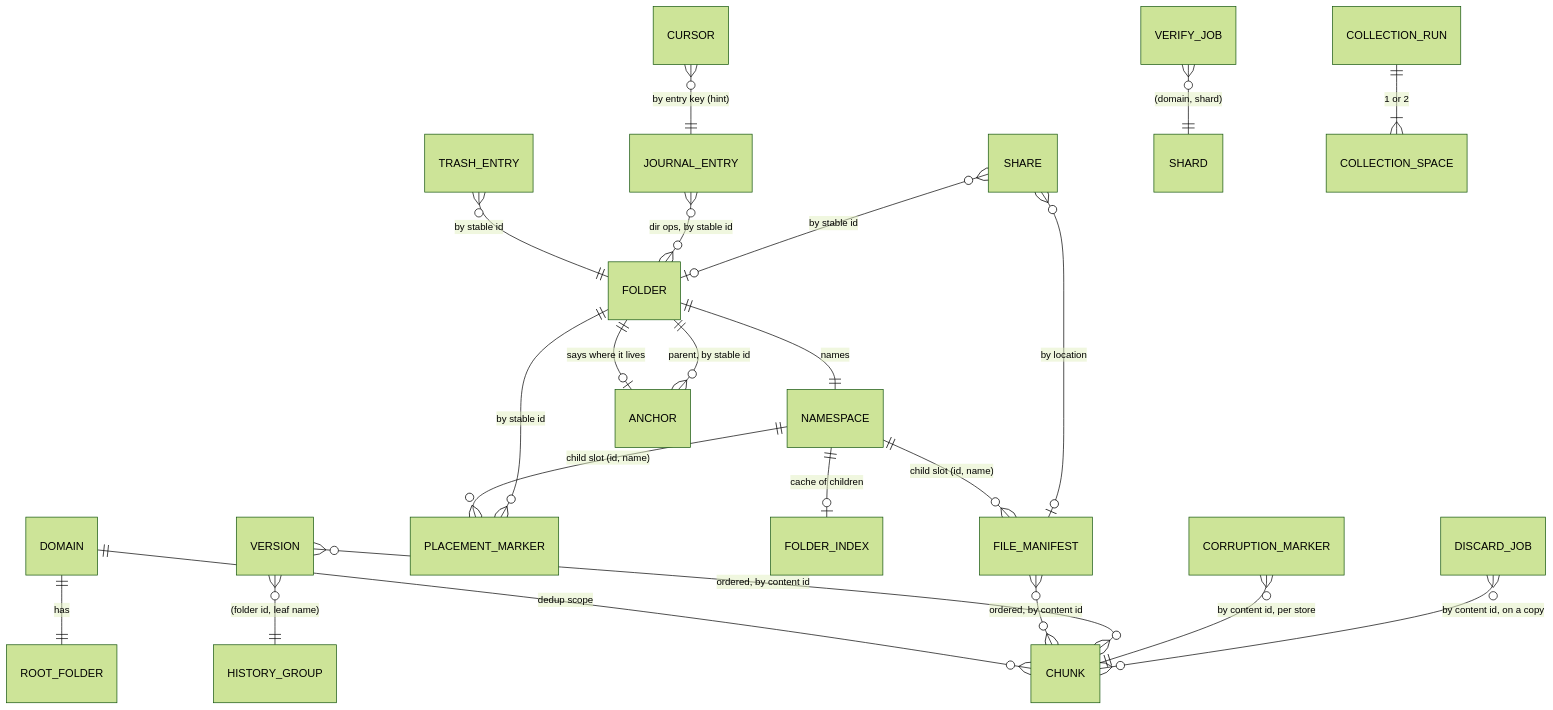
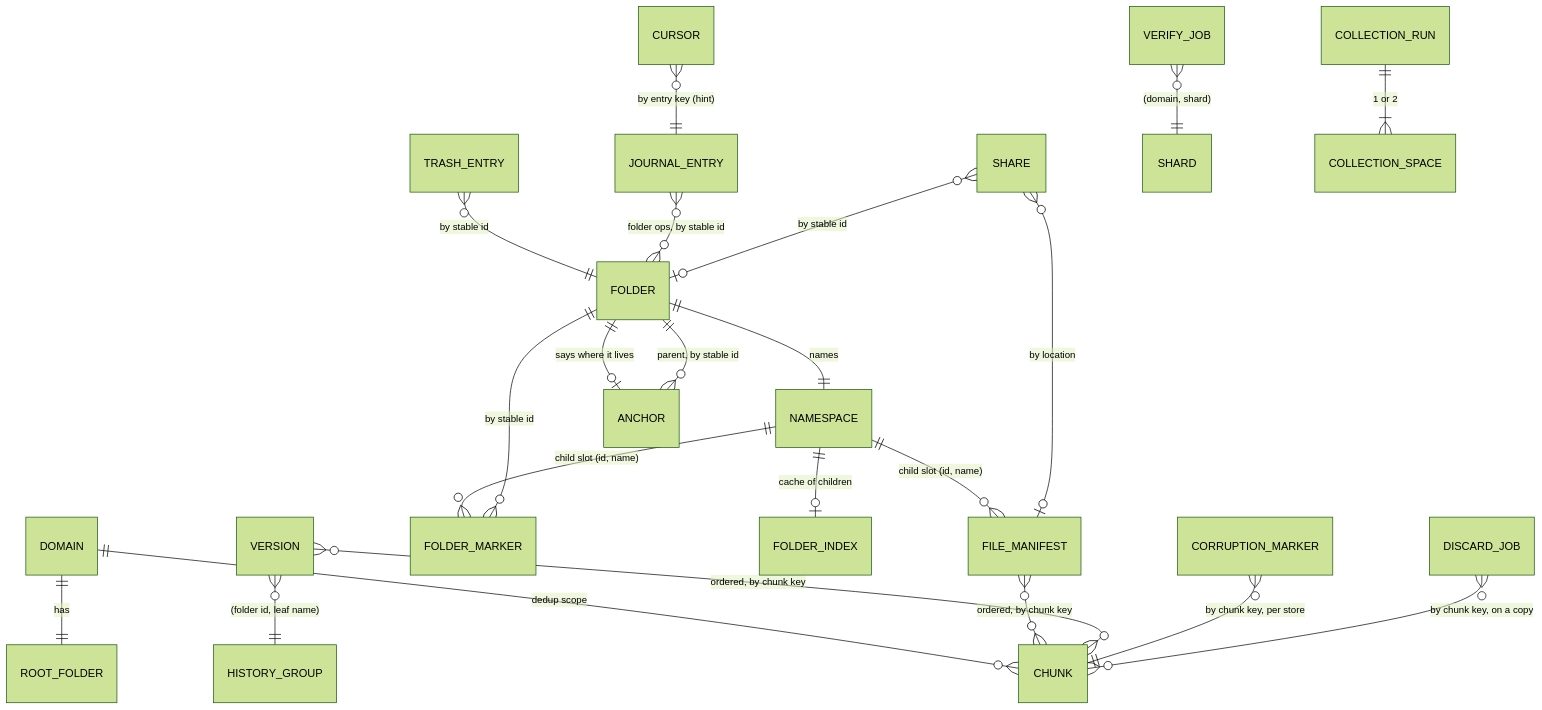
Before and after one commit to toots/tsync: the diagram in docs/spec/data-model/backend.md, drawn with Mermaid (forest theme). The commit also changed other lines of this file and 59 other files, not shown here.

````diff
--- a/docs/spec/data-model/backend.md
+++ b/docs/spec/data-model/backend.md
@@ -271,24 +297,24 @@
 ```mermaid
 erDiagram
     DOMAIN ||--|| ROOT_FOLDER : "has"
     DOMAIN ||--o{ CHUNK : "dedup scope"
     FOLDER ||--|| NAMESPACE : "names"
     FOLDER ||--o| ANCHOR : "says where it lives"
     NAMESPACE ||--o{ FILE_MANIFEST : "child slot (id, name)"
-    NAMESPACE ||--o{ PLACEMENT_MARKER : "child slot (id, name)"
+    NAMESPACE ||--o{ FOLDER_MARKER : "child slot (id, name)"
     NAMESPACE ||--o| FOLDER_INDEX : "cache of children"
-    PLACEMENT_MARKER }o--|| FOLDER : "by stable id"
+    FOLDER_MARKER }o--|| FOLDER : "by stable id"
     ANCHOR }o--|| FOLDER : "parent, by stable id"
-    FILE_MANIFEST }o--o{ CHUNK : "ordered, by content id"
-    VERSION }o--o{ CHUNK : "ordered, by content id"
+    FILE_MANIFEST }o--o{ CHUNK : "ordered, by chunk key"
+    VERSION }o--o{ CHUNK : "ordered, by chunk key"
     VERSION }o--|| HISTORY_GROUP : "(folder id, leaf name)"
     TRASH_ENTRY }o--|| FOLDER : "by stable id"
-    JOURNAL_ENTRY }o--o{ FOLDER : "dir ops, by stable id"
+    JOURNAL_ENTRY }o--o{ FOLDER : "folder ops, by stable id"
     CURSOR }o--|| JOURNAL_ENTRY : "by entry key (hint)"
     SHARE }o--o| FILE_MANIFEST : "by location"
     SHARE }o--o| FOLDER : "by stable id"
-    CORRUPTION_MARKER }o--|| CHUNK : "by content id, per store"
-    DISCARD_JOB }o--o{ CHUNK : "by content id, on a copy"
+    CORRUPTION_MARKER }o--|| CHUNK : "by chunk key, per store"
+    DISCARD_JOB }o--o{ CHUNK : "by chunk key, on a copy"
     VERIFY_JOB }o--|| SHARD : "(domain, shard)"
     COLLECTION_RUN ||--|{ COLLECTION_SPACE : "1 or 2"
 ```
````
